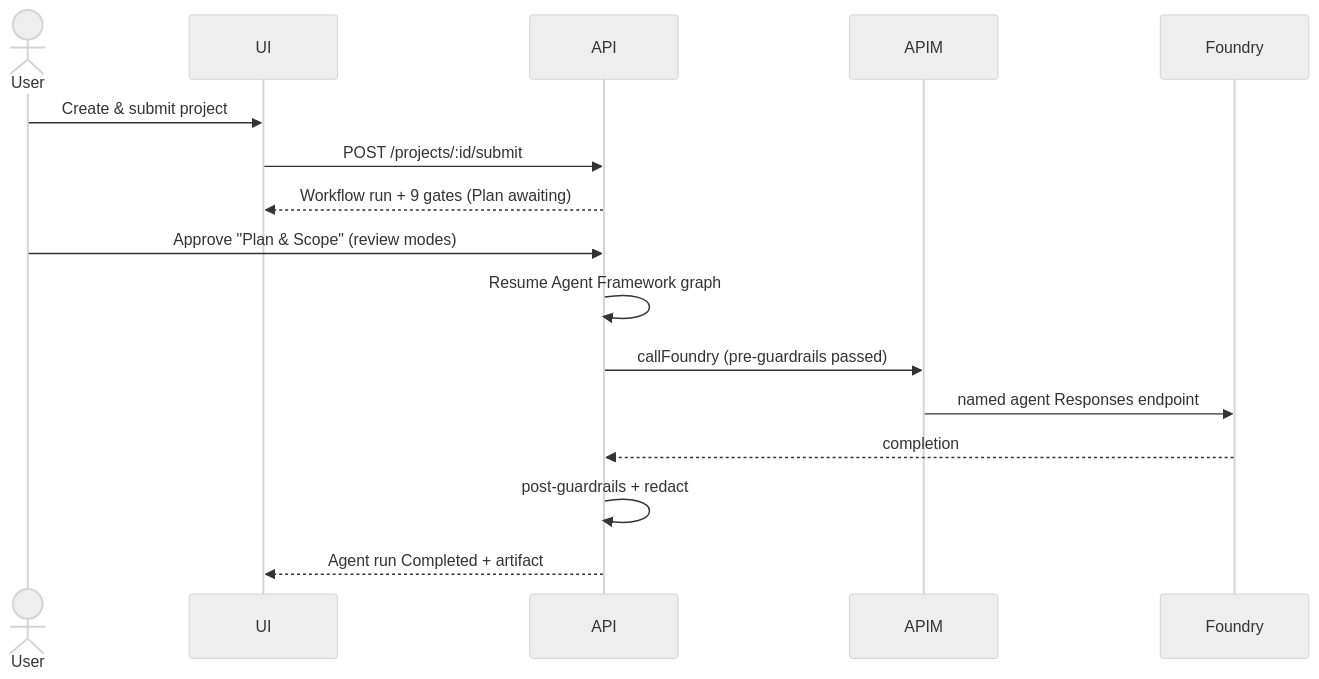
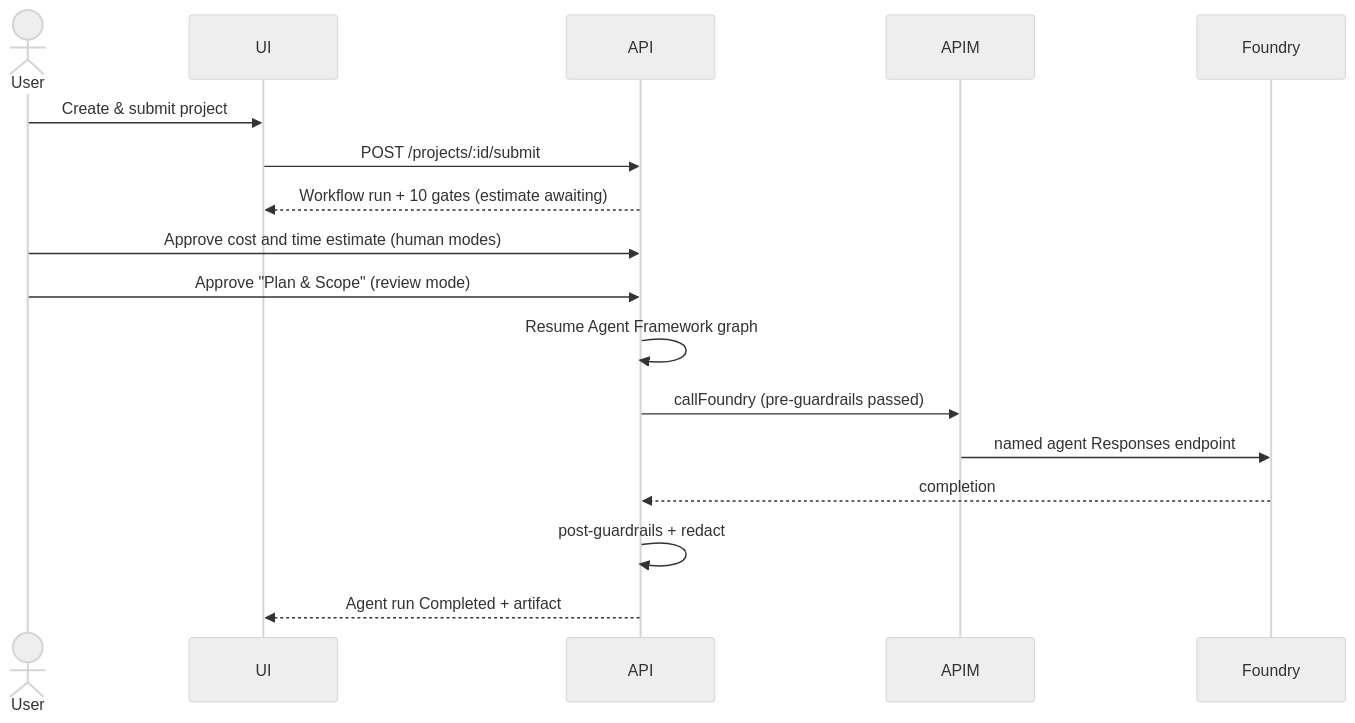
Before and after one commit to csdmichael/Foundry-Agentic-Workflow-SDLC-Docs: the first of 4 diagrams in README.md, drawn with Mermaid (neutral theme). The commit also changed other lines of this file and 2 other files, not shown here.

Commit message:
docs: document model pricing and estimate governance

````diff
--- a/README.md
+++ b/README.md
@@ -496,18 +498,19 @@
 ```mermaid
 sequenceDiagram
   actor U as User
   participant UI
   participant API
   participant APIM
   participant Foundry
   U->>UI: Create & submit project
   UI->>API: POST /projects/:id/submit
-  API-->>UI: Workflow run + 9 gates (Plan awaiting)
-  U->>API: Approve "Plan & Scope" (review modes)
+  API-->>UI: Workflow run + 10 gates (estimate awaiting)
+  U->>API: Approve cost and time estimate (human modes)
+  U->>API: Approve "Plan & Scope" (review mode)
   API->>API: Resume Agent Framework graph
   API->>APIM: callFoundry (pre-guardrails passed)
   APIM->>Foundry: named agent Responses endpoint
   Foundry-->>API: completion
   API->>API: post-guardrails + redact
   API-->>UI: Agent run Completed + artifact
 ```
````
